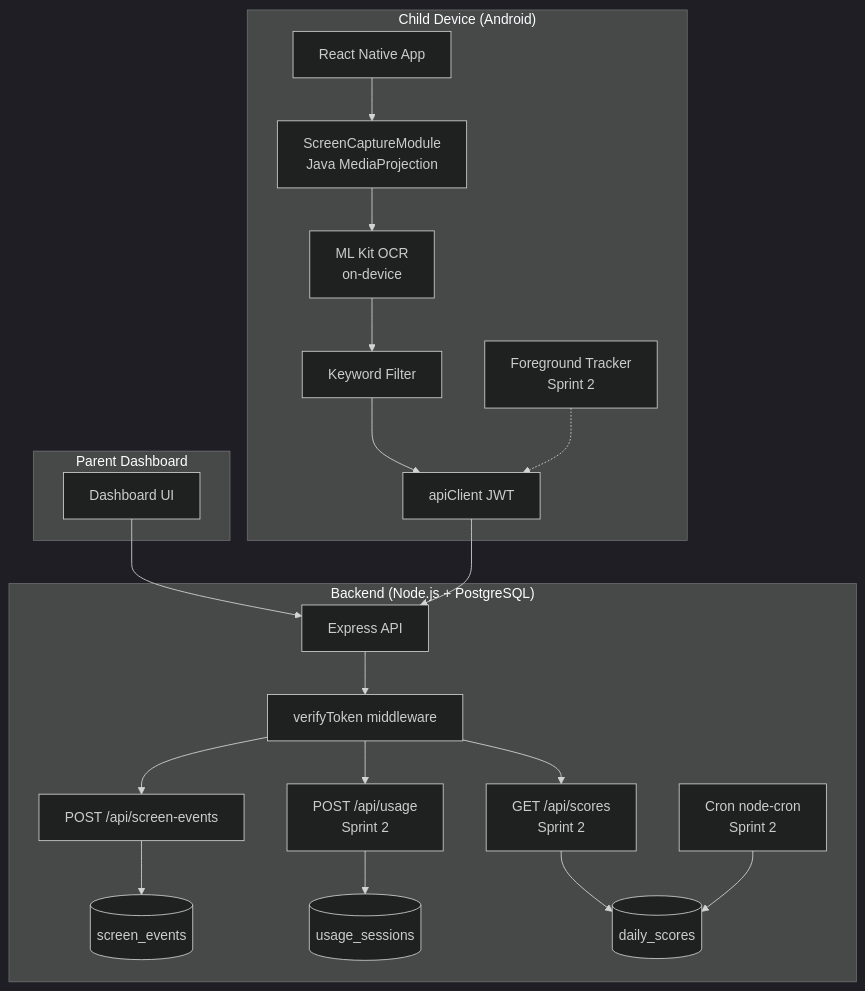
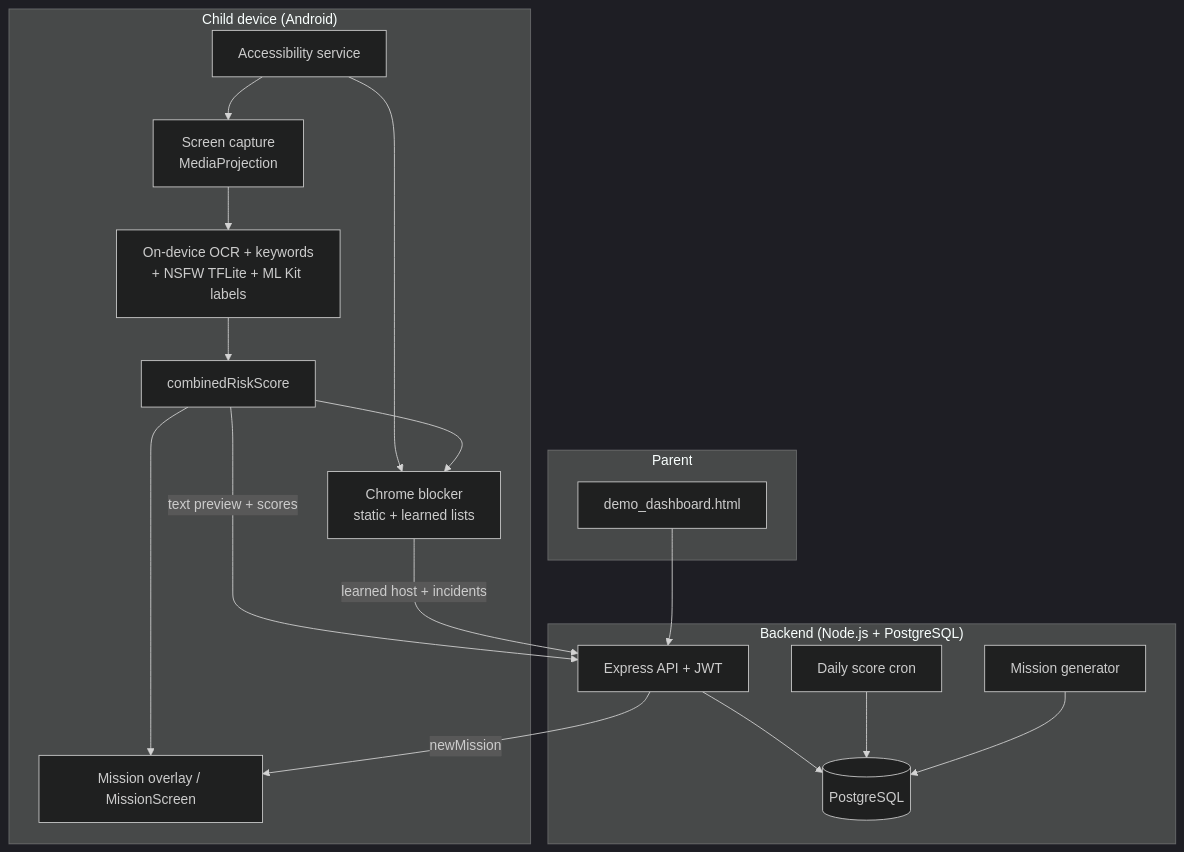
One commit to Helmi-Megdiche/PFE_optimization changed the diagram in README.md. Above: the diagram before and after it, drawn with Mermaid (dark theme). The commit also changed other lines of this file and 9 other files, not shown here.

````diff
--- a/README.md
+++ b/README.md
@@ -68,27 +69,23 @@
 ```mermaid
 graph TB
-    subgraph ChildDevice["Child Device (Android)"]
-        A[React Native App] --> B[ScreenCaptureModule<br/>Java MediaProjection]
-        B --> C[ML Kit OCR<br/>on-device]
-        C --> D[Keyword Filter]
-        D --> E[apiClient JWT]
-        F[Foreground Tracker<br/>Sprint 2] -.-> E
+    subgraph ChildDevice["Child device (Android)"]
+        CAP[Screen capture<br/>MediaProjection] --> AI[On-device OCR + keywords<br/>+ NSFW TFLite + ML Kit labels]
+        AI --> RISK[combinedRiskScore]
+        A11Y[Accessibility service] --> BLK[Chrome blocker<br/>static + learned lists]
+        A11Y --> CAP
+        RISK --> OVL[Mission overlay / MissionScreen]
+        RISK --> BLK
     end
-
     subgraph Backend["Backend (Node.js + PostgreSQL)"]
-        G[Express API] --> H[verifyToken middleware]
-        H --> I[POST /api/screen-events]
-        H --> J[POST /api/usage<br/>Sprint 2]
-        H --> K[GET /api/scores<br/>Sprint 2]
-        I --> L[(screen_events)]
-        J --> M[(usage_sessions)]
-        K --> N[(daily_scores)]
-        O[Cron node-cron<br/>Sprint 2] --> N
+        API[Express API + JWT] --> DB[(PostgreSQL)]
+        CRON[Daily score cron] --> DB
+        GEN[Mission generator] --> DB
     end
-
-    subgraph ParentUI["Parent Dashboard"]
-        P[Dashboard UI] --> G
+    subgraph Parent["Parent"]
+        DASH[demo_dashboard.html]
     end
-
-    E --> G
+    RISK -- "text preview + scores" --> API
+    BLK -- "learned host + incidents" --> API
+    API -- "newMission" --> OVL
+    DASH --> API
 ```
````
